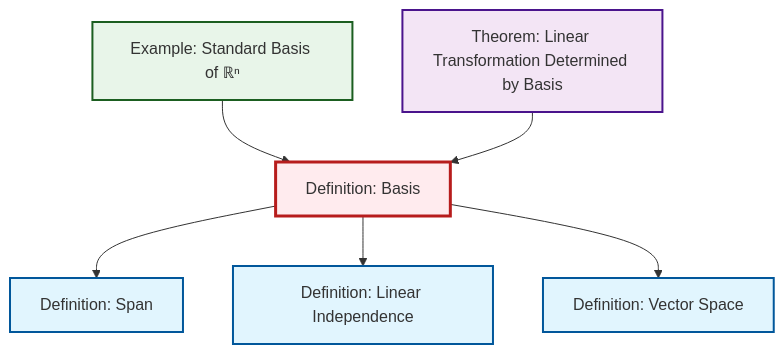
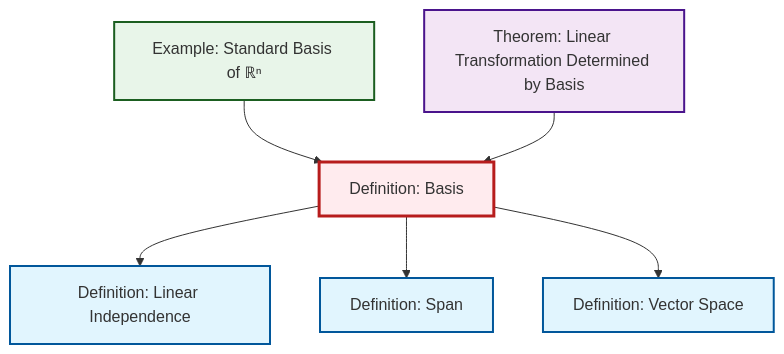
The diagram in content/en/algebra/def-basis.qmd (RK0429/ModernMath), drawn with Mermaid before and after one commit. The commit also changed other lines of this file and 328 other files, not shown here.

````diff
--- a/content/en/algebra/def-basis.qmd
+++ b/content/en/algebra/def-basis.qmd
@@ -48,26 +48,26 @@
 ```{mermaid}
 %%| fig-cap: "Local dependency graph"
 graph TD
     classDef definition fill:#e1f5fe,stroke:#01579b,stroke-width:2px
     classDef theorem fill:#f3e5f5,stroke:#4a148c,stroke-width:2px
     classDef axiom fill:#fff3e0,stroke:#e65100,stroke-width:2px
     classDef example fill:#e8f5e9,stroke:#1b5e20,stroke-width:2px
     classDef current fill:#ffebee,stroke:#b71c1c,stroke-width:3px
-    def-span["Definition: Span"]:::definition
+    def-basis["Definition: Basis"]:::definition
+    def-vector-space["Definition: Vector Space"]:::definition
     def-linear-independence["Definition: Linear Independence"]:::definition
     ex-standard-basis-rn["Example: Standard Basis of ℝⁿ"]:::example
-    def-vector-space["Definition: Vector Space"]:::definition
-    def-basis["Definition: Basis"]:::definition
     thm-linear-transformation-basis["Theorem: Linear Transformation Determined by Basis"]:::theorem
+    def-span["Definition: Span"]:::definition
+    def-basis --> def-linear-independence
     def-basis --> def-span
-    def-basis --> def-linear-independence
     ex-standard-basis-rn --> def-basis
     def-basis --> def-vector-space
     thm-linear-transformation-basis --> def-basis
     class def-basis current
-    click def-span "def-span.html" "Go to Span definition"
+    click def-vector-space "def-vector-space.html" "Go to Vector Space definition"
     click def-linear-independence "def-linear-independence.html" "Go to Linear Independence definition"
     click ex-standard-basis-rn "ex-standard-basis-rn.html" "Go to Standard Basis of ℝⁿ example"
-    click def-vector-space "def-vector-space.html" "Go to Vector Space definition"
     click thm-linear-transformation-basis "thm-linear-transformation-basis.html" "Go to Linear Transformation Determined by Basis theorem"
+    click def-span "def-span.html" "Go to Span definition"
 ```
````
